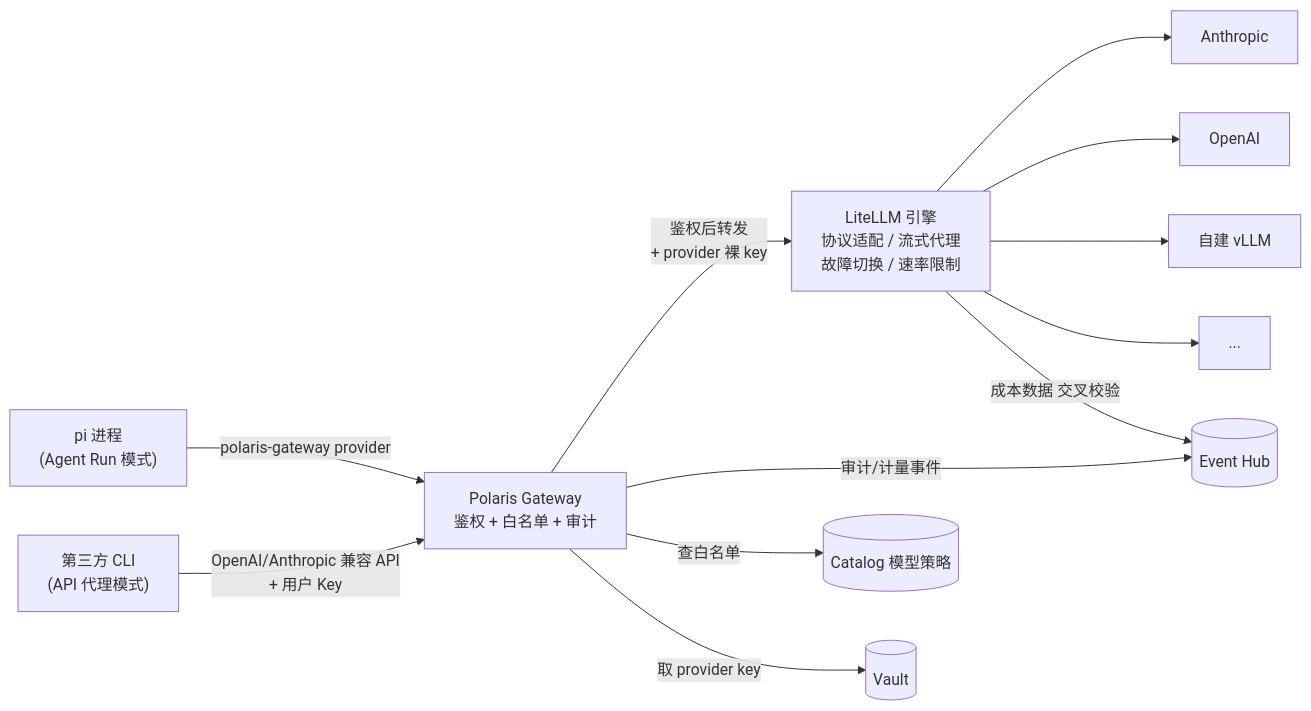
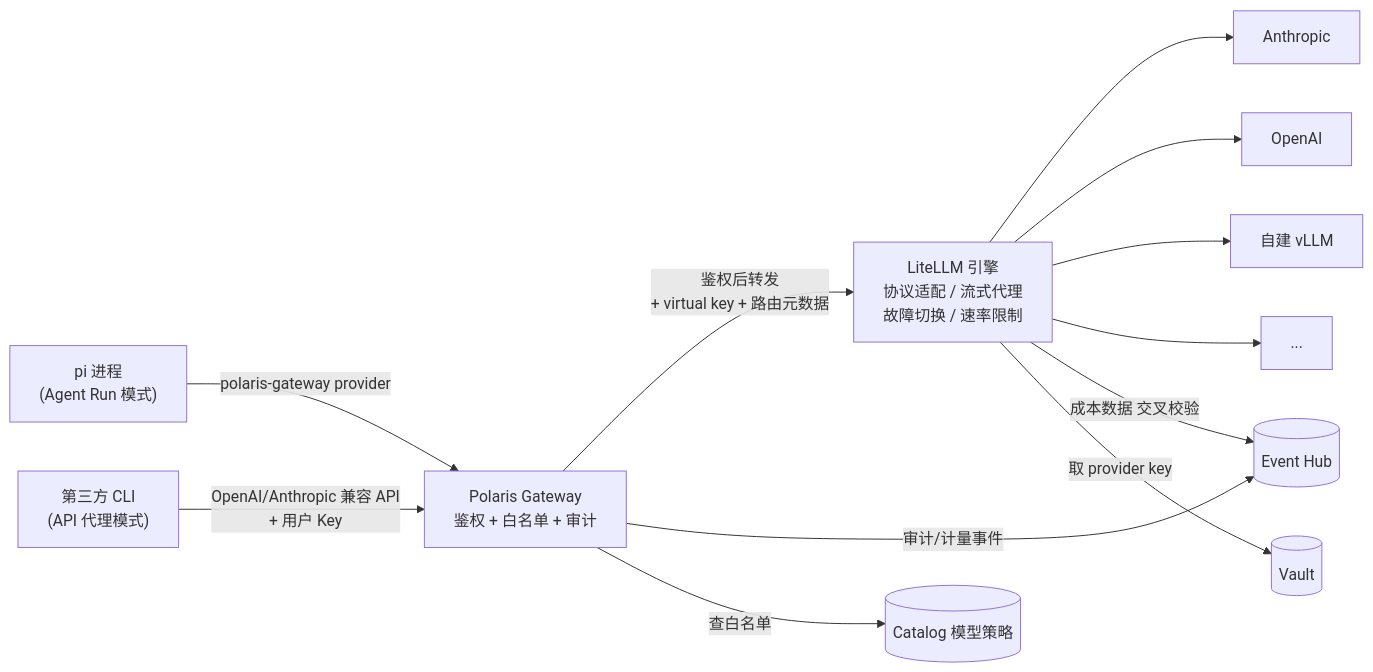
One commit to hxp0618/cloud-agents changed the second of 2 diagrams in doc/design/04-pi-integration-and-multi-llm.md. Above: the diagram before and after it, drawn with Mermaid. The commit also changed other lines of this file and 8 other files, not shown here.

````diff
--- a/doc/design/04-pi-integration-and-multi-llm.md
+++ b/doc/design/04-pi-integration-and-multi-llm.md
@@ -236,14 +236,14 @@
 ```mermaid
 flowchart LR
     Pi["pi 进程<br/>(Agent Run 模式)"] -->|polaris-gateway provider| PolGW["Polaris Gateway<br/>鉴权 + 白名单 + 审计"]
     ThirdCLI["第三方 CLI<br/>(API 代理模式)"] -->|OpenAI/Anthropic 兼容 API<br/>+ 用户 Key| PolGW
-    PolGW -->|鉴权后转发<br/>+ provider 裸 key| LiteLLM["LiteLLM 引擎<br/>协议适配 / 流式代理<br/>故障切换 / 速率限制"]
+    PolGW -->|鉴权后转发<br/>+ virtual key + 路由元数据| LiteLLM["LiteLLM 引擎<br/>协议适配 / 流式代理<br/>故障切换 / 速率限制"]
     LiteLLM --> P1["Anthropic"]
     LiteLLM --> P2["OpenAI"]
     LiteLLM --> P3["自建 vLLM"]
     LiteLLM --> P4["..."]
     PolGW -->|审计/计量事件| EVT[(Event Hub)]
     LiteLLM -->|成本数据 交叉校验| EVT
     PolGW -->|查白名单| Pol[(Catalog 模型策略)]
-    PolGW -->|取 provider key| V[(Vault)]
+    LiteLLM -->|取 provider key| V[(Vault)]
 ```
````
